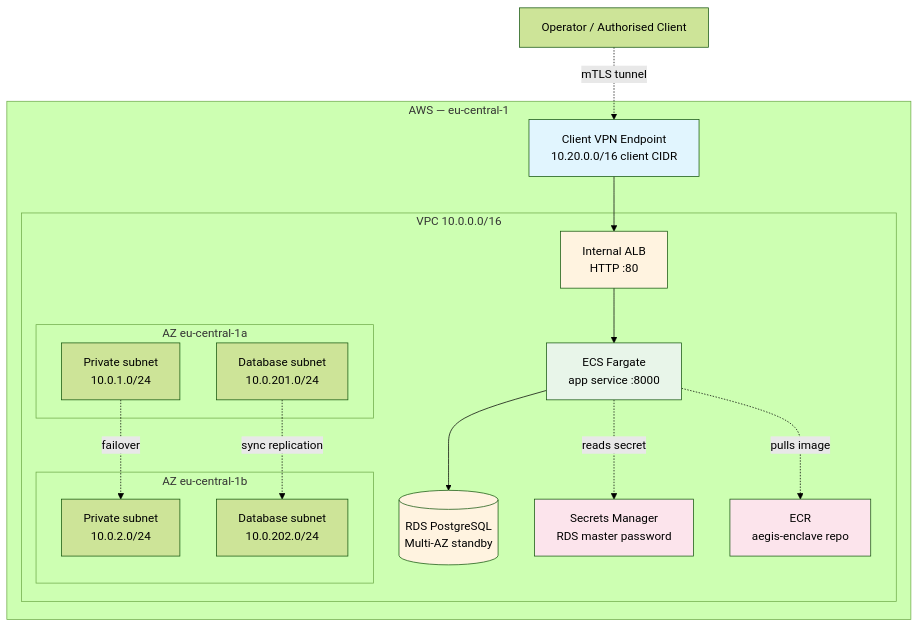
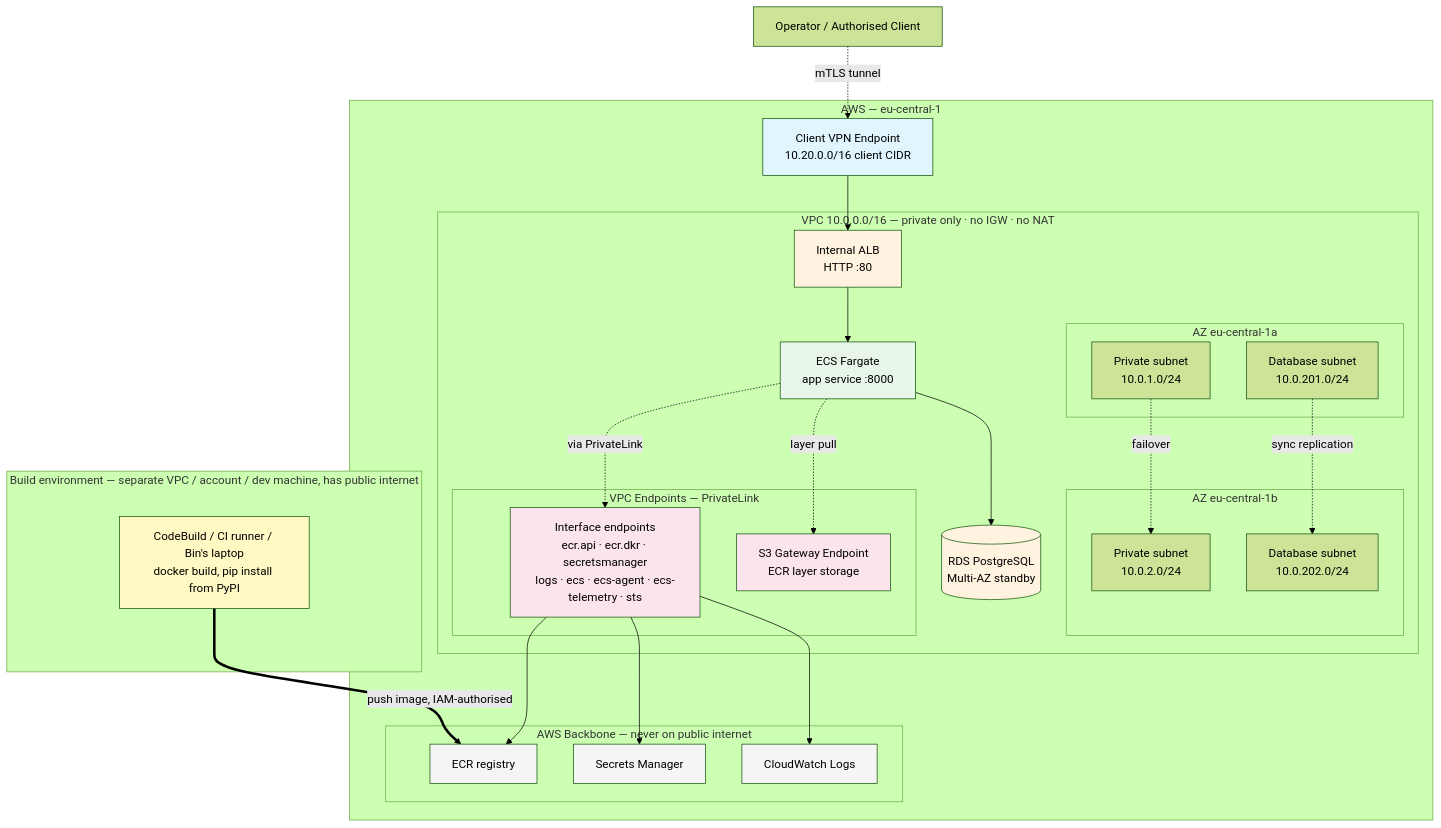
The diagram in docs/deployment_guide.md (BinHsu/aegis-enclave), drawn with Mermaid (forest theme) before and after one commit. The commit also changed other lines of this file and 15 other files, not shown here.

First line of the commit message:
Architectural maturity — managed-default principle, private-only VPC, EKS upgrade path, adoption guide

````diff
--- a/docs/deployment_guide.md
+++ b/docs/deployment_guide.md
@@ -11,41 +11,63 @@
 ```mermaid
 graph TB
     Op[Operator / Authorised Client]
 
+    subgraph BUILD[Build environment — separate VPC / account / dev machine, has public internet]
+        CB[CodeBuild / CI runner / Bin's laptop<br/>docker build, pip install from PyPI]
+    end
+
     subgraph AWS[AWS — eu-central-1]
         CVPN[Client VPN Endpoint<br/>10.20.0.0/16 client CIDR]
 
-        subgraph VPC[VPC 10.0.0.0/16]
+        subgraph VPC[VPC 10.0.0.0/16 — private only · no IGW · no NAT]
             subgraph AZ1[AZ eu-central-1a]
                 Pri1[Private subnet<br/>10.0.1.0/24]
                 Db1[Database subnet<br/>10.0.201.0/24]
             end
             subgraph AZ2[AZ eu-central-1b]
                 Pri2[Private subnet<br/>10.0.2.0/24]
                 Db2[Database subnet<br/>10.0.202.0/24]
             end
 
             ALB[Internal ALB<br/>HTTP :80]
             ECS[ECS Fargate<br/>app service :8000]
             RDS[(RDS PostgreSQL<br/>Multi-AZ standby)]
-            SM[Secrets Manager<br/>RDS master password]
-            ECR[ECR<br/>aegis-enclave repo]
+
+            subgraph VPCE[VPC Endpoints — PrivateLink]
+                VEP[Interface endpoints<br/>ecr.api · ecr.dkr · secretsmanager<br/>logs · ecs · ecs-agent · ecs-telemetry · sts]
+                S3GW[S3 Gateway Endpoint<br/>ECR layer storage]
+            end
+        end
+
+        subgraph BACKBONE[AWS Backbone — never on public internet]
+            ECR[ECR registry]
+            SM[Secrets Manager]
+            CWL[CloudWatch Logs]
         end
     end
+
+    CB ==>|push image, IAM-authorised| ECR
 
     Op -. mTLS tunnel .-> CVPN
     CVPN --> ALB
     ALB --> ECS
     ECS --> RDS
-    ECS -.reads secret.-> SM
-    ECS -.pulls image.-> ECR
+    ECS -.via PrivateLink.-> VEP
+    VEP --> SM
+    VEP --> ECR
+    VEP --> CWL
+    ECS -.layer pull.-> S3GW
     Pri1 -.failover.-> Pri2
     Db1 -.sync replication.-> Db2
 
     style CVPN fill:#e1f5fe,color:#000
     style ALB fill:#fff3e0,color:#000
     style ECS fill:#e8f5e9,color:#000
     style RDS fill:#fff3e0,color:#000
-    style SM fill:#fce4ec,color:#000
-    style ECR fill:#fce4ec,color:#000
+    style VEP fill:#fce4ec,color:#000
+    style S3GW fill:#fce4ec,color:#000
+    style ECR fill:#f5f5f5,color:#000
+    style SM fill:#f5f5f5,color:#000
+    style CWL fill:#f5f5f5,color:#000
+    style CB fill:#fff9c4,color:#000
 ```
````
